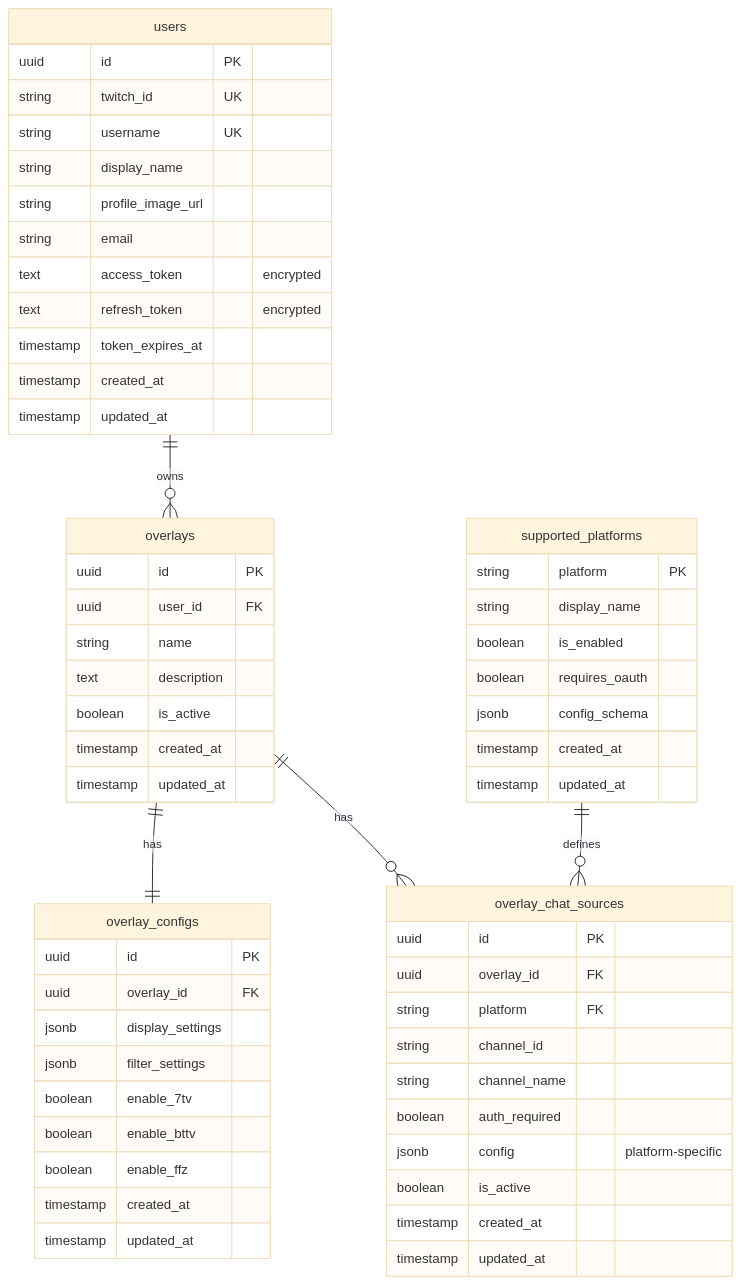
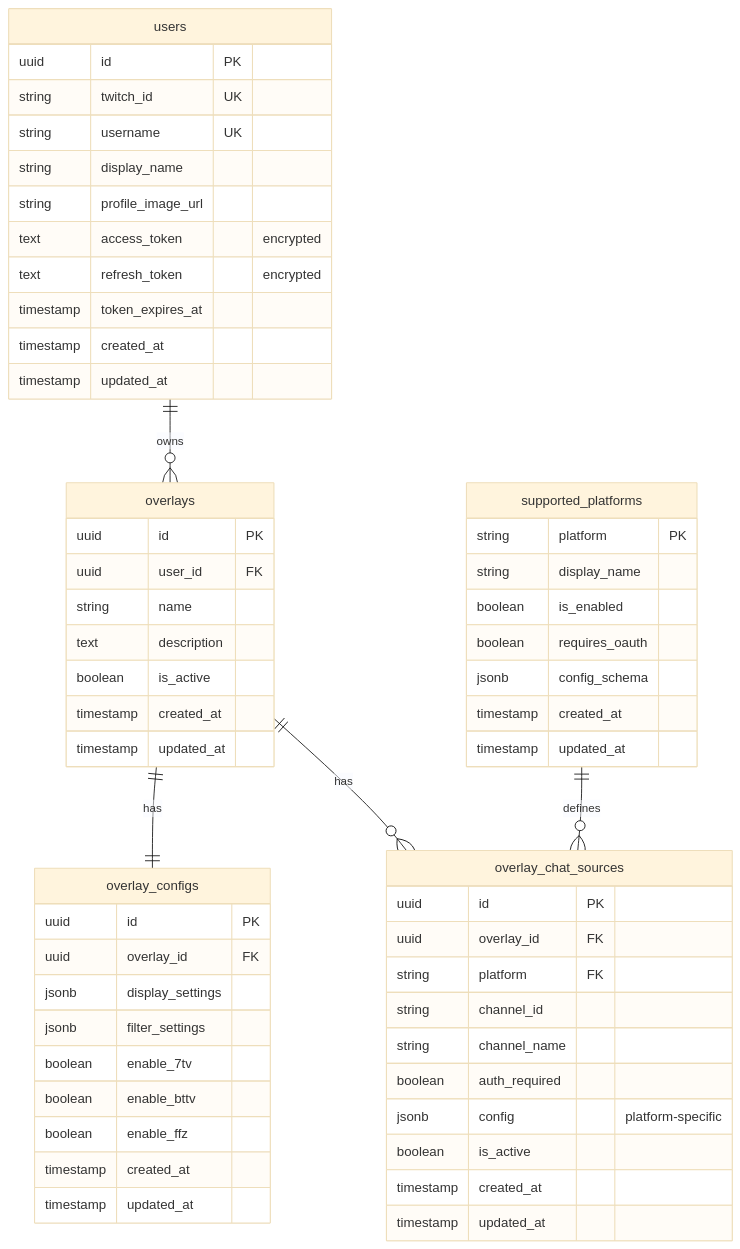
The third of 5 diagrams in docs/architecture/DATA_FLOW_INTEGRATION.md (caesarakalaeii/all-chat), drawn with Mermaid (base theme) before and after one commit. The commit also changed other lines of this file and 23 other files, not shown here.

````diff
--- a/docs/architecture/DATA_FLOW_INTEGRATION.md
+++ b/docs/architecture/DATA_FLOW_INTEGRATION.md
@@ -383,66 +383,65 @@
 ```mermaid
 erDiagram
     users ||--o{ overlays : owns
     overlays ||--|| overlay_configs : has
     overlays ||--o{ overlay_chat_sources : has
     supported_platforms ||--o{ overlay_chat_sources : defines
 
     users {
         uuid id PK
         string twitch_id UK
         string username UK
         string display_name
         string profile_image_url
-        string email
         text access_token "encrypted"
         text refresh_token "encrypted"
         timestamp token_expires_at
         timestamp created_at
         timestamp updated_at
     }
 
     overlays {
         uuid id PK
         uuid user_id FK
         string name
         text description
         boolean is_active
         timestamp created_at
         timestamp updated_at
     }
 
     overlay_configs {
         uuid id PK
         uuid overlay_id FK
         jsonb display_settings
         jsonb filter_settings
         boolean enable_7tv
         boolean enable_bttv
         boolean enable_ffz
         timestamp created_at
         timestamp updated_at
     }
 
     overlay_chat_sources {
         uuid id PK
         uuid overlay_id FK
         string platform FK
         string channel_id
         string channel_name
         boolean auth_required
         jsonb config "platform-specific"
         boolean is_active
         timestamp created_at
         timestamp updated_at
     }
 
     supported_platforms {
         string platform PK
         string display_name
         boolean is_enabled
         boolean requires_oauth
         jsonb config_schema
         timestamp created_at
         timestamp updated_at
     }
 ```
````
